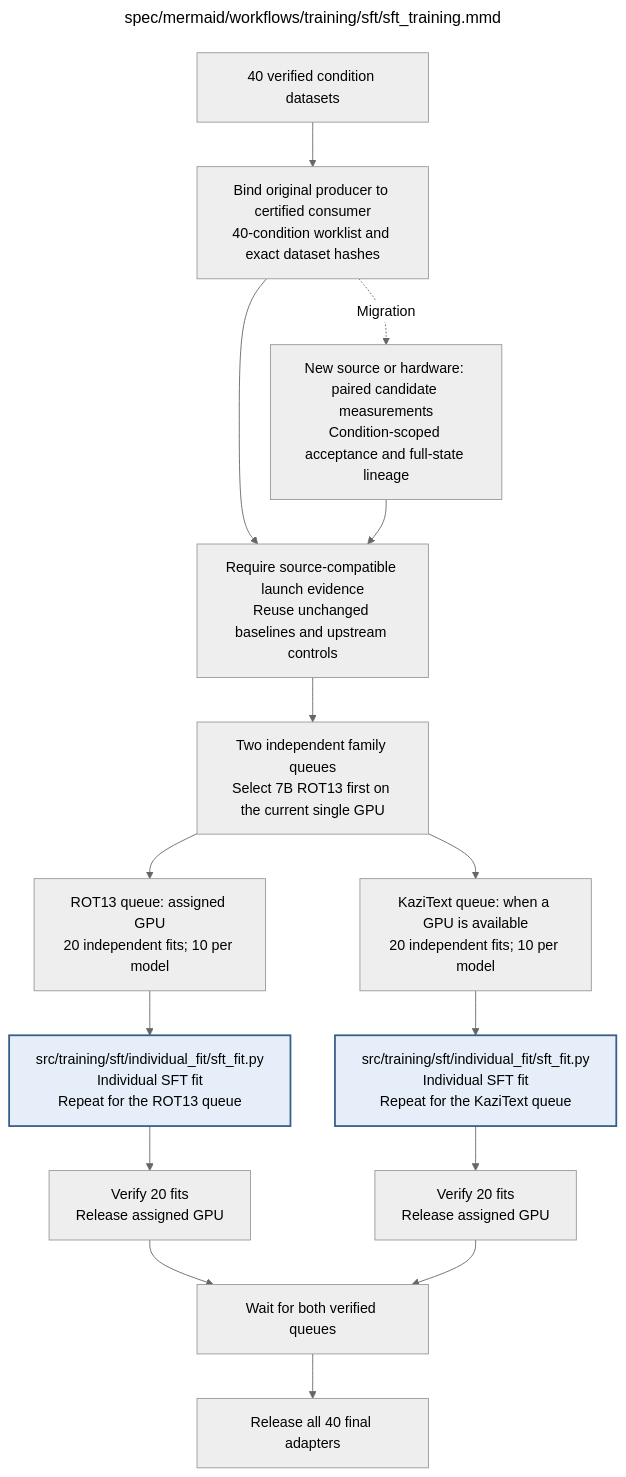
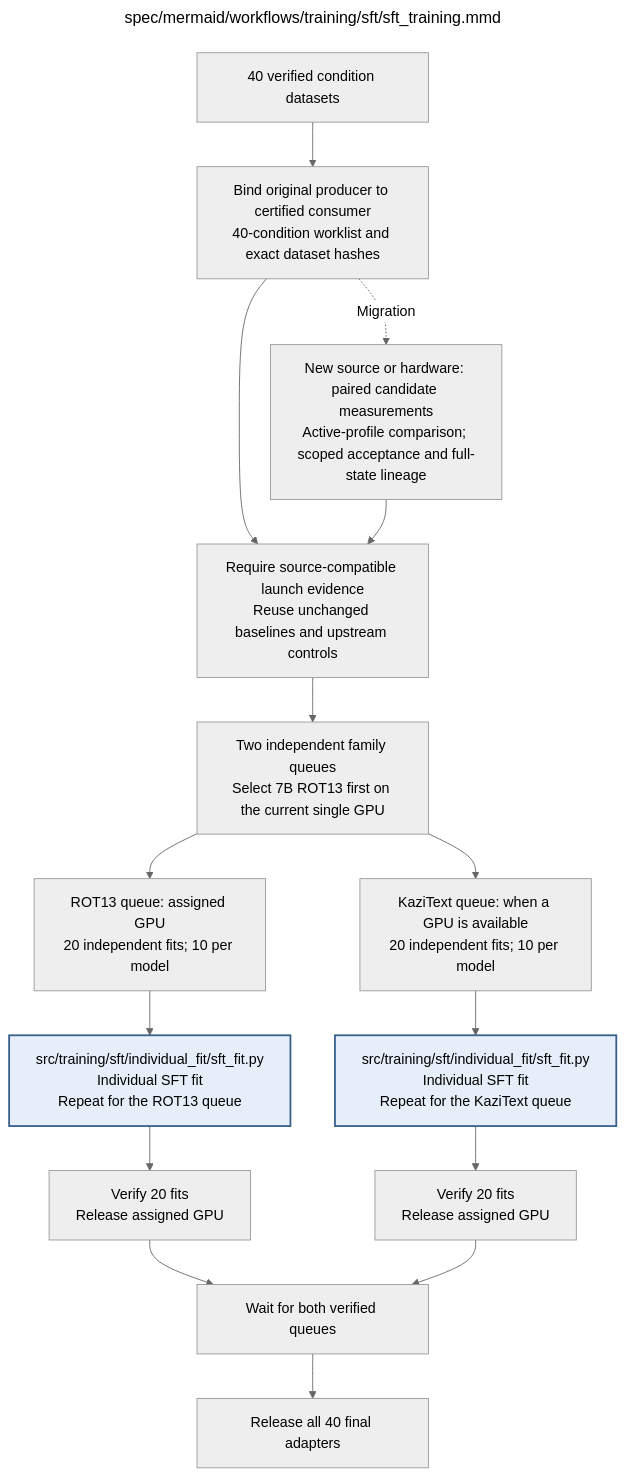
Before and after one commit to AJUNNYC/inducing_persistent_textual_chain_of_thought_illegibility: the diagram in docs/modules/training/sft/sft_training.md, drawn with Mermaid (neutral theme). The commit also changed other lines of this file and 25 other files, not shown here.

Commit message:
Add measured flat and fused FP32 SFT loss candidates

````diff
--- a/docs/modules/training/sft/sft_training.md
+++ b/docs/modules/training/sft/sft_training.md
@@ -57,47 +59,49 @@
 ```mermaid
 ---
 title: "spec/mermaid/workflows/training/sft/sft_training.mmd"
 ---
 flowchart TD
 %% SFT training schedule
 %% Edit quoted node labels directly; this is native Mermaid source.
 %% Source 05f42b0 recovery accepted no recomputation only for 7B ROT13 level 1 on RTX PRO 6000 Blackwell 96GB.
 %% CUDA input caching failed speed; other conditions retain the original execution defaults.
+%% CE policy defaults to spatial_ce; flat_ce and fused_ce are explicit pending candidates.
+%% Loss trials compare against active no recomputation; preserve latest full-state progress and RNG.
 %% Contract: ../../shared_procedures/recovery_procedure.mmd applies to execution failures.
 %% Each queue covers 7B and 14B at all 10 levels; fits are independent and start from untouched bases.
 %% Within each queue, select the next unfinished fit until all 20 are verified.
 %% Current certified launcher serializes selected model/levels on one GPU.
 %% Whole optimizer updates and full checkpoints must pass verified Drive barriers.
 %% Later adapter evaluation explicitly reuses the frozen vLLM measurement contract.
 %% Accepted execution evidence is scoped to one model/family/level; do not release the whole matrix from one screen.
 %% Migration inherits verified full-state progress and preserves parent checkpoint bytes.
 %% A failed fit stops that queue and yields a partial report; the other queue may finish valid work.
 %% Child: ROTFIT => individual_fit/sft_fit.mmd
 %% Child: KAZFIT => individual_fit/sft_fit.mmd
     INPUT["40 verified condition datasets"]
     CERT["Bind original producer to certified consumer<br/>40-condition worklist and exact dataset hashes"]
     GATES["Require source-compatible launch evidence<br/>Reuse unchanged baselines and upstream controls"]
     PLAN["Two independent family queues<br/>Select 7B ROT13 first on the current single GPU"]
     ROT["ROT13 queue: assigned GPU<br/>20 independent fits; 10 per model"]
     KAZ["KaziText queue: when a GPU is available<br/>20 independent fits; 10 per model"]
     ROTFIT["src/training/sft/individual_fit/sft_fit.py<br/>Individual SFT fit<br/>Repeat for the ROT13 queue"]
     KAZFIT["src/training/sft/individual_fit/sft_fit.py<br/>Individual SFT fit<br/>Repeat for the KaziText queue"]
     ROTDONE["Verify 20 fits<br/>Release assigned GPU"]
     KAZDONE["Verify 20 fits<br/>Release assigned GPU"]
     WAIT["Wait for both verified queues"]
     OUT["Release all 40 final adapters"]
-    BENCH["New source or hardware: paired candidate measurements<br/>Condition-scoped acceptance and full-state lineage"]
+    BENCH["New source or hardware: paired candidate measurements<br/>Active-profile comparison; scoped acceptance and full-state lineage"]
     INPUT --> CERT --> GATES --> PLAN
     CERT -.->|Migration| BENCH --> GATES
     PLAN --> ROT --> ROTFIT --> ROTDONE --> WAIT
     PLAN --> KAZ --> KAZFIT --> KAZDONE --> WAIT
     WAIT --> OUT
     classDef detail fill:#e5eef9,stroke:#365f8a,stroke-width:2px
     class ROTFIT,KAZFIT detail
 
 %% Repository module: src/training/sft/sft_training.py
 %% Module documentation: docs/modules/training/sft/sft_training.md
 %% Unit test: tests/unit/training/sft/test_sft_training.py
 %% Owner: sft
 %% Source sections: C.2; E.1.1–E.1.3; E.2.2,E.2.5
 ```
````
